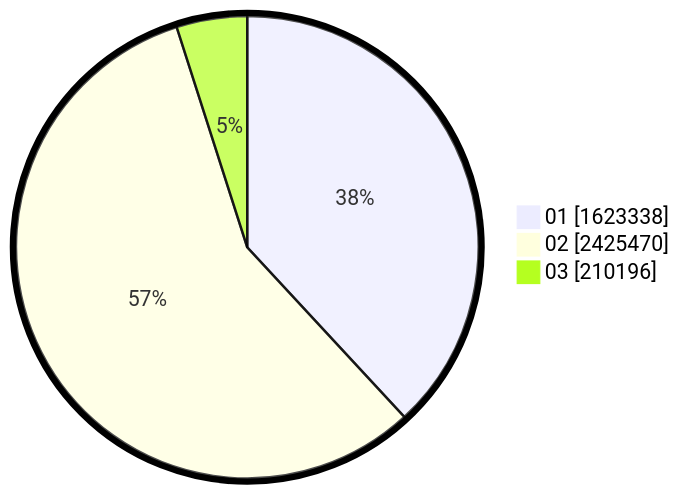
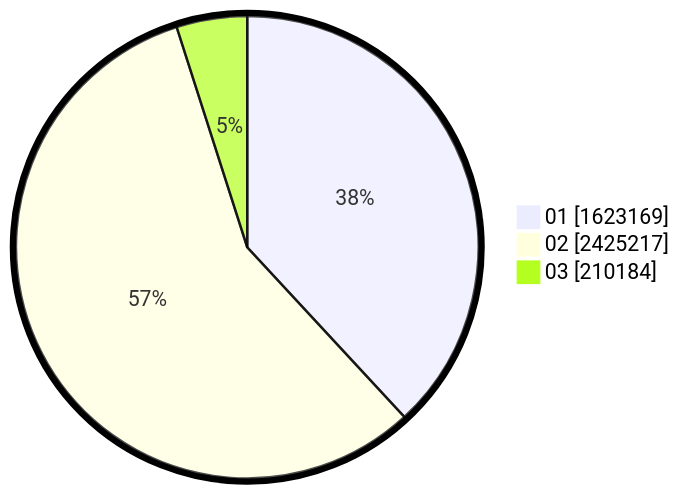
The second of 2 diagrams in pilpres/hitung-suara/sub/table-wilayah-73.md (gigit-pemilu/pemilu-2024), drawn with Mermaid before and after one commit. The commit also changed other lines of this file and 6 other files, not shown here.

````diff
--- a/pilpres/hitung-suara/sub/table-wilayah-73.md
+++ b/pilpres/hitung-suara/sub/table-wilayah-73.md
@@ -15,7 +15,7 @@
 ```mermaid
 %%{init: {"pie": {"textPosition": 0.5}, "themeVariables": {"pieOuterStrokeWidth": "5px"}} }%%
 pie showData
-    "01" : 1623338
-    "02" : 2425470
-    "03" : 210196
+    "01" : 1623169
+    "02" : 2425217
+    "03" : 210184
 ```
````
